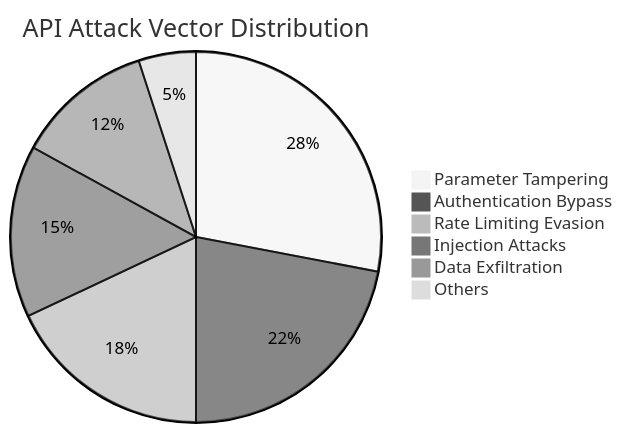
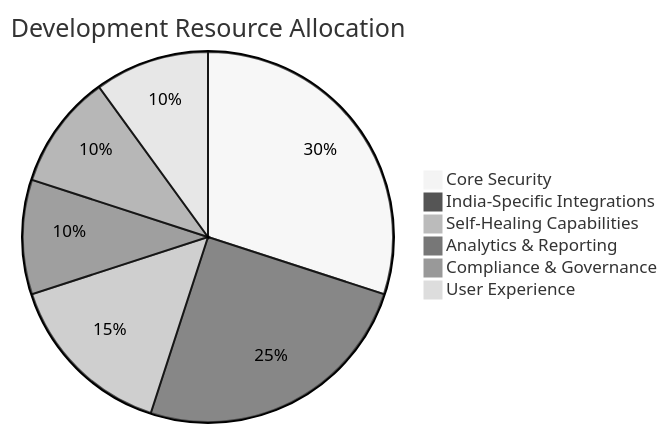
Diagram 15 of 32 in tmp/api_security.md (r04nx/obsidian), drawn with Mermaid (neutral theme) before and after one commit. The commit also changed other lines of this file and 3 other files, not shown here.

````diff
--- a/tmp/api_security.md
+++ b/tmp/api_security.md
@@ -202,9 +688,10 @@
 ```mermaid
-pie title API Attack Vector Distribution
-    "Parameter Tampering" : 28
-    "Authentication Bypass" : 22
-    "Rate Limiting Evasion" : 18
-    "Injection Attacks" : 15
-    "Data Exfiltration" : 12
-    "Others" : 5
+pie
+    title Development Resource Allocation
+    "Core Security" : 30
+    "India-Specific Integrations" : 25
+    "Self-Healing Capabilities" : 15
+    "Analytics & Reporting" : 10
+    "Compliance & Governance" : 10
+    "User Experience" : 10
 ```
````
